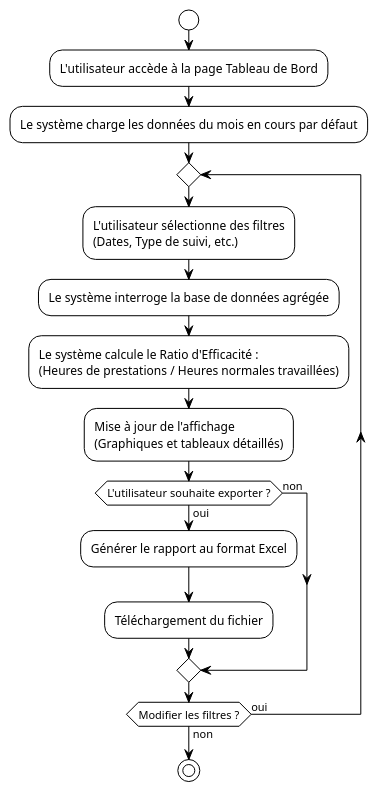
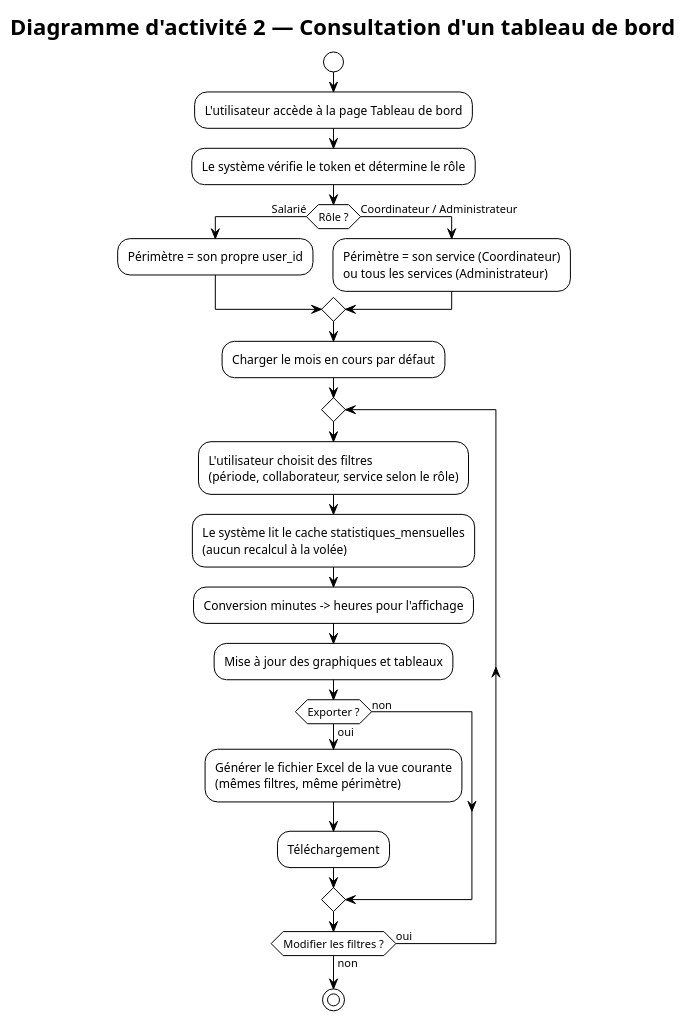
Before and after one commit to midjix/plantuml: the diagram in diagrammes d'activité/diagramme_d'activité_2.md, drawn with PlantUML. The commit also changed 12 other files, not shown here.

First line of the commit message:
docs(uml): align diagrams with validated business rules and source access

````diff
--- a/diagrammes d'activité/diagramme_d'activité_2.md
+++ b/diagrammes d'activité/diagramme_d'activité_2.md
@@ -1,24 +1,33 @@
 ```plantuml
 @startuml
 !theme plain
+title Diagramme d'activité 2 — Consultation d'un tableau de bord
 
 start
-:L'utilisateur accède à la page Tableau de Bord;
-:Le système charge les données du mois en cours par défaut;
+:L'utilisateur accède à la page Tableau de bord;
+:Le système vérifie le token et détermine le rôle;
+
+if (Rôle ?) then (Salarié)
+  :Périmètre = son propre user_id;
+else (Coordinateur / Administrateur)
+  :Périmètre = son service (Coordinateur)\nou tous les services (Administrateur);
+endif
+
+:Charger le mois en cours par défaut;
 
 repeat
-  :L'utilisateur sélectionne des filtres\n(Dates, Type de suivi, etc.);
-  :Le système interroge la base de données agrégée;
-  :Le système calcule le Ratio d'Efficacité :\n(Heures de prestations / Heures normales travaillées);
-  :Mise à jour de l'affichage\n(Graphiques et tableaux détaillés);
-  
-  if (L'utilisateur souhaite exporter ?) then (oui)
-    :Générer le rapport au format Excel;
-    :Téléchargement du fichier;
+  :L'utilisateur choisit des filtres\n(période, collaborateur, service selon le rôle);
+  :Le système lit le cache statistiques_mensuelles\n(aucun recalcul à la volée);
+  :Conversion minutes -> heures pour l'affichage;
+  :Mise à jour des graphiques et tableaux;
+
+  if (Exporter ?) then (oui)
+    :Générer le fichier Excel de la vue courante\n(mêmes filtres, même périmètre);
+    :Téléchargement;
   else (non)
   endif
 
 repeat while (Modifier les filtres ?) is (oui) not (non)
 stop
 @enduml
 ```
````
